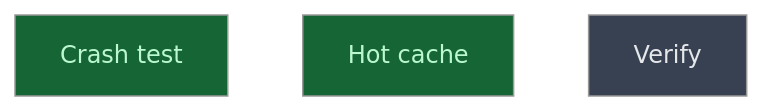
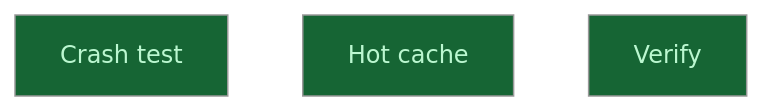
One commit to CrackingShells/cracking-shells-playbook changed the diagram in __roadmap__/m1-core-foundation/settle/build/codec/store/harden/README.md. Above: the diagram before and after it, drawn with Mermaid (neutral theme). The commit also changed other lines of this file and 11 other files, not shown here.

First line of the commit message:
chore(roadmap): mark the m1-core-foundation campaign done

````diff
--- a/__roadmap__/m1-core-foundation/settle/build/codec/store/harden/README.md
+++ b/__roadmap__/m1-core-foundation/settle/build/codec/store/harden/README.md
@@ -18,11 +18,11 @@
 ```mermaid
 graph TD
     crash_test[Crash test]:::done
     hot_cache[Hot cache]:::done
-    verify[Verify]:::planned
+    verify[Verify]:::done
     classDef done       fill:#166534,color:#bbf7d0
     classDef inprogress fill:#854d0e,color:#fef08a
     classDef planned    fill:#374151,color:#e5e7eb
     classDef amendment  fill:#1e3a5f,color:#bfdbfe
     classDef blocked    fill:#7f1d1d,color:#fecaca
 ```
````
